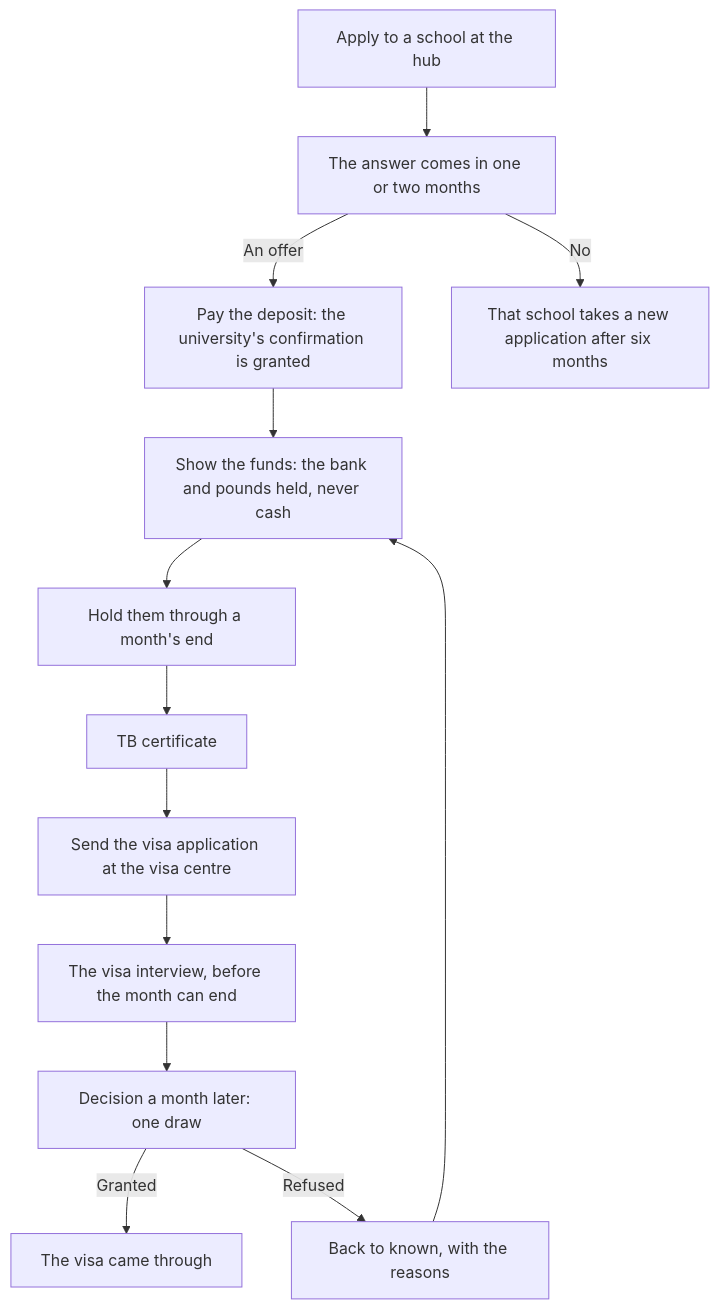
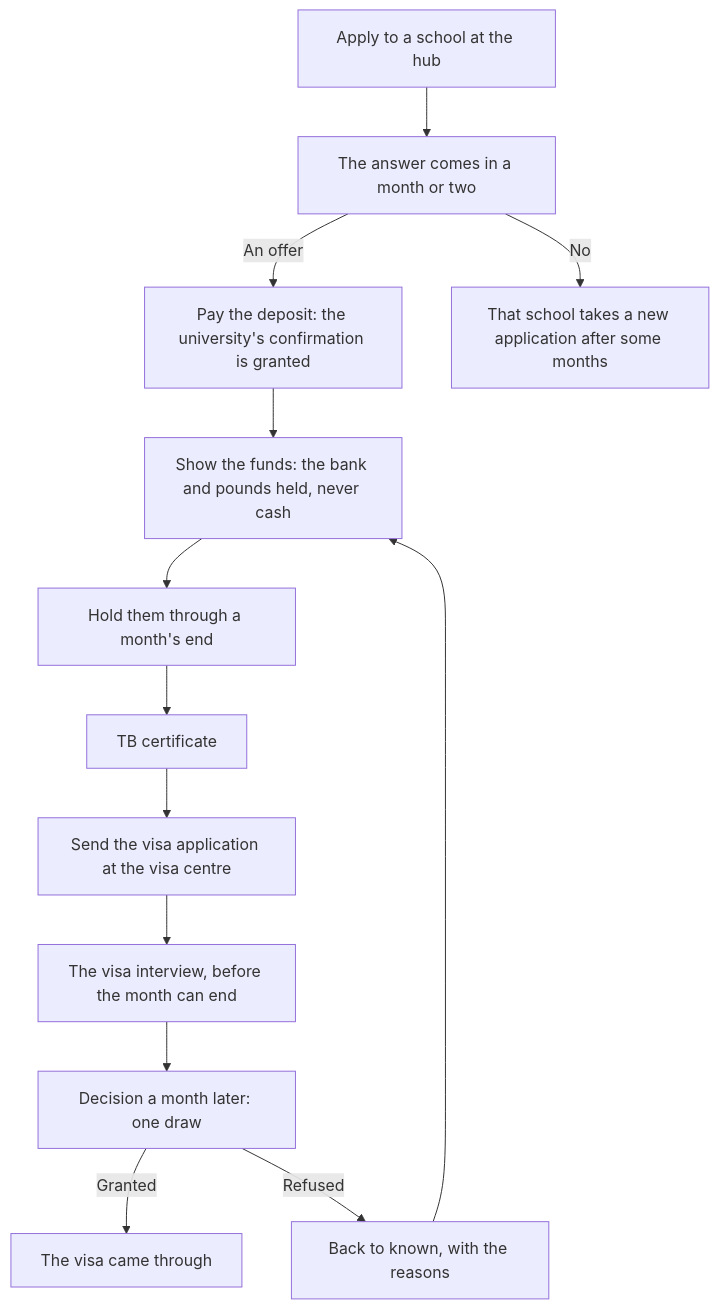
The second of 2 diagrams in docs/site/plays/routes.md (buildlab-studio/japacity), drawn with Mermaid before and after one commit. The commit also changed other lines of this file and 157 other files, not shown here.

````diff
--- a/docs/site/plays/routes.md
+++ b/docs/site/plays/routes.md
@@ -91,15 +80,15 @@
 ```mermaid
 flowchart TD
-  A["Apply to a school at the hub"] --> B["The answer comes in one or two months"]
+  A["Apply to a school at the hub"] --> B["The answer comes in a month or two"]
   B -->|"An offer"| C["Pay the deposit: the university's confirmation is granted"]
-  B -->|"No"| A2["That school takes a new application after six months"]
+  B -->|"No"| A2["That school takes a new application after some months"]
   C --> D["Show the funds: the bank and pounds held, never cash"]
   D --> E["Hold them through a month's end"]
   E --> F["TB certificate"]
   F --> G["Send the visa application at the visa centre"]
   G --> H["The visa interview, before the month can end"]
   H --> I["Decision a month later: one draw"]
   I -->|"Granted"| J["The visa came through"]
   I -->|"Refused"| K["Back to known, with the reasons"]
   K --> D
 ```
````
